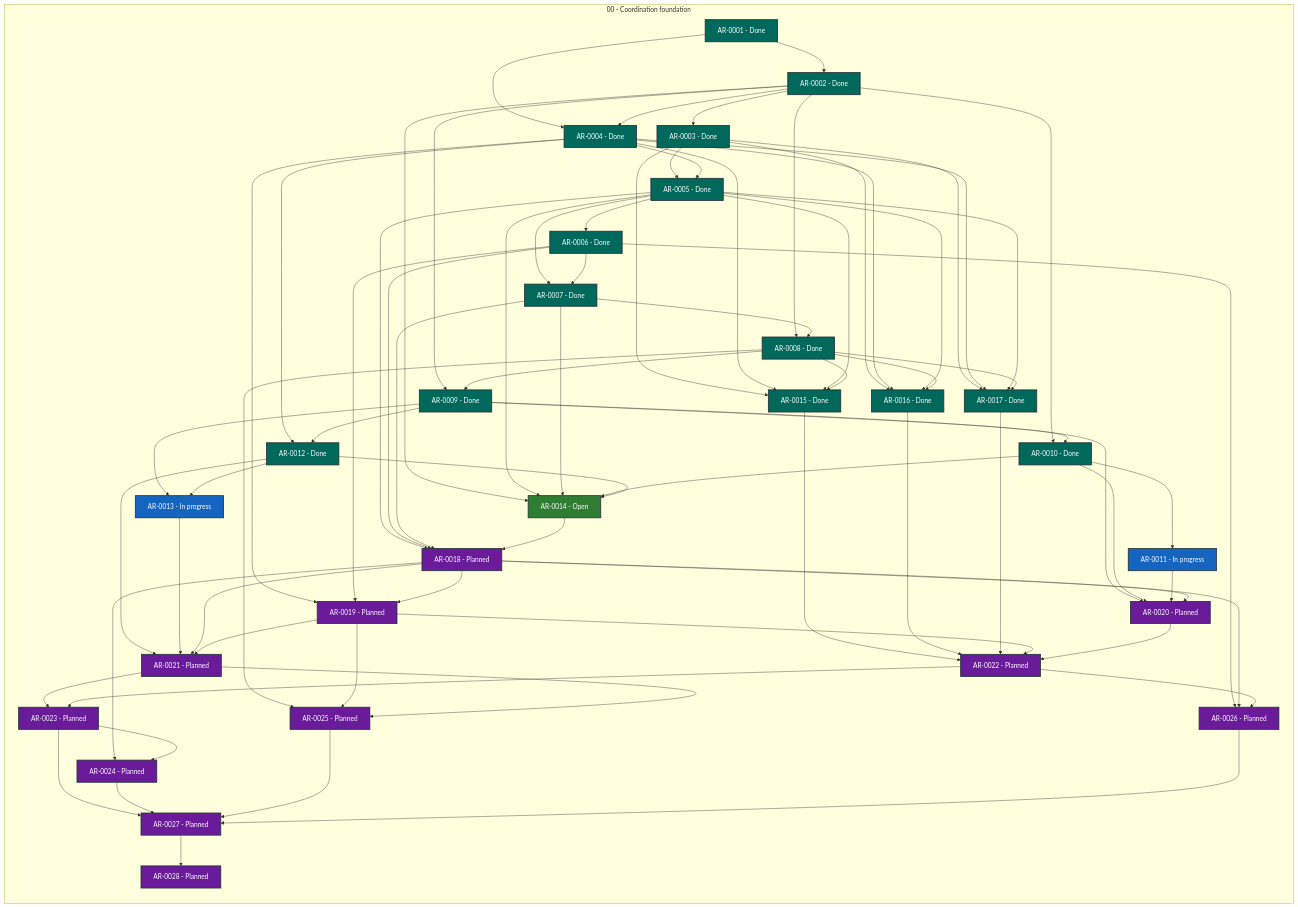
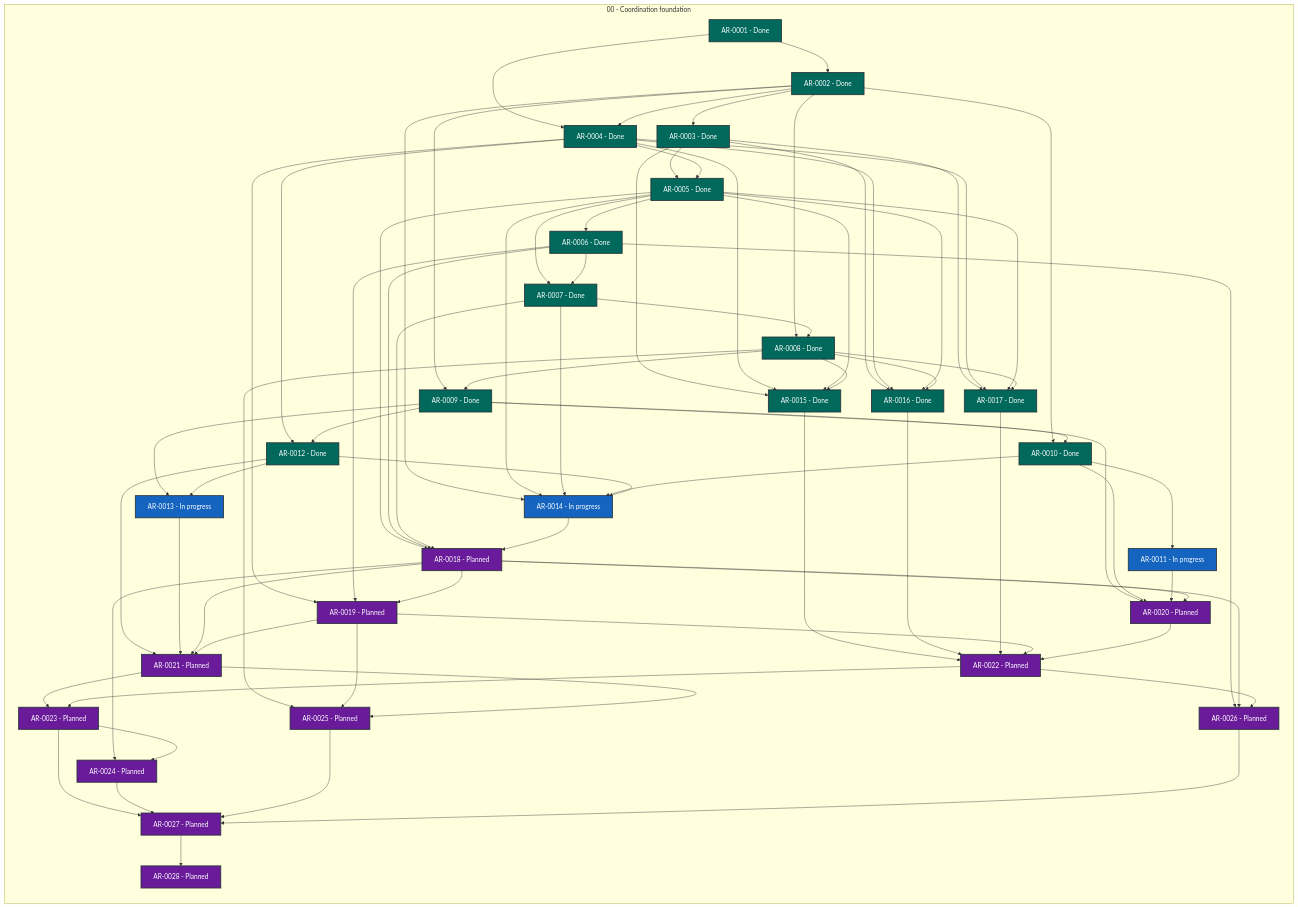
One commit to martin-beck/agent-workflow-runtime-state changed the diagram in STATUS.md. Above: the diagram before and after it, drawn with Mermaid. The commit also changed other lines of this file and 2 other files, not shown here.

```diff
--- a/STATUS.md
+++ b/STATUS.md
@@ -41,7 +41,7 @@
         AR_0011["AR-0011 - In progress"]:::status_in_progress
         AR_0012["AR-0012 - Done"]:::status_done
         AR_0013["AR-0013 - In progress"]:::status_in_progress
-        AR_0014["AR-0014 - Open"]:::status_open
+        AR_0014["AR-0014 - In progress"]:::status_in_progress
         AR_0015["AR-0015 - Done"]:::status_done
         AR_0016["AR-0016 - Done"]:::status_done
         AR_0017["AR-0017 - Done"]:::status_done
```
